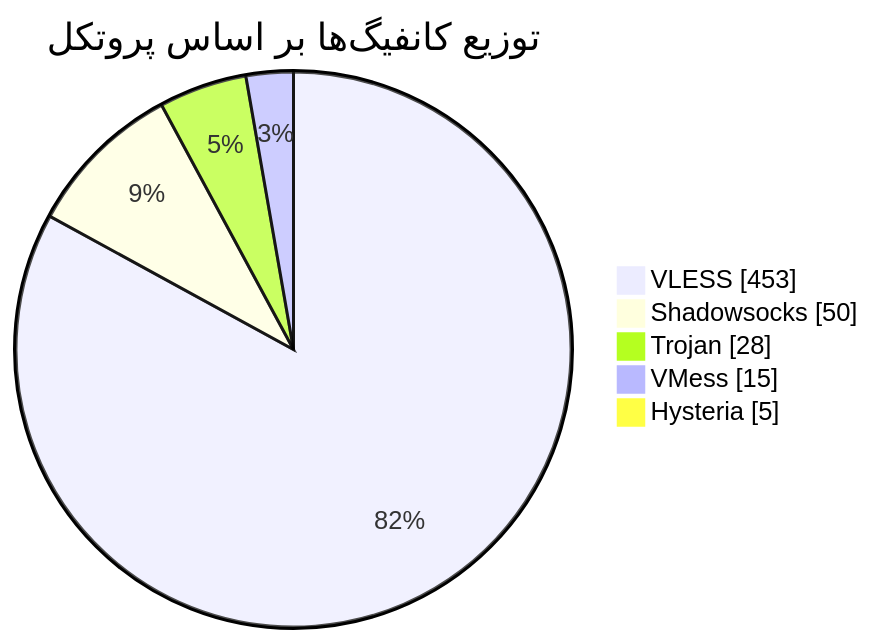
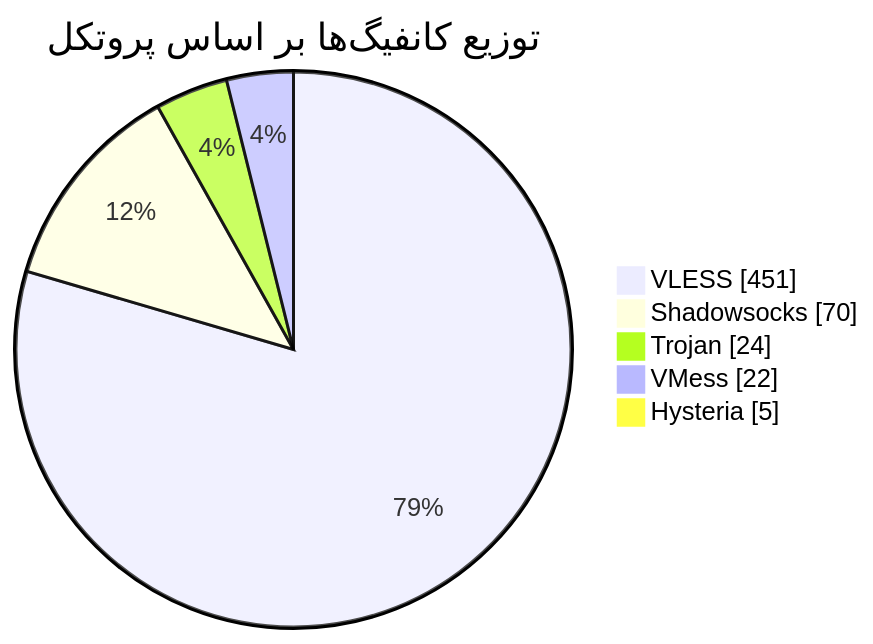
One commit to Arian-Alijani/Somthing changed the diagram in README.md. Above: the diagram before and after it, drawn with Mermaid. The commit also changed other lines of this file and 83 other files, not shown here.

````diff
--- a/README.md
+++ b/README.md
@@ -47,9 +47,9 @@
 ```mermaid
 pie showData
     title توزیع کانفیگ‌ها بر اساس پروتکل
-    "VLESS" : 453
-    "Shadowsocks" : 50
-    "Trojan" : 28
-    "VMess" : 15
+    "VLESS" : 451
+    "Shadowsocks" : 70
+    "Trojan" : 24
+    "VMess" : 22
     "Hysteria" : 5
 ```
````
